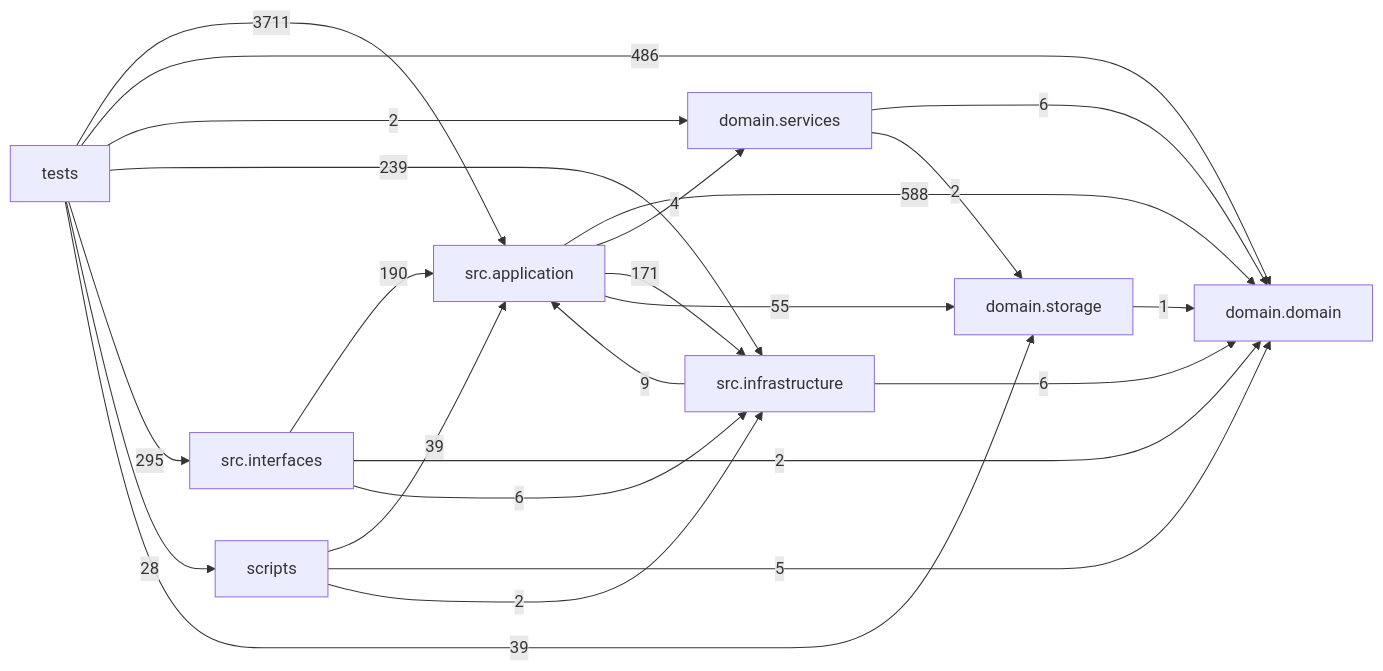
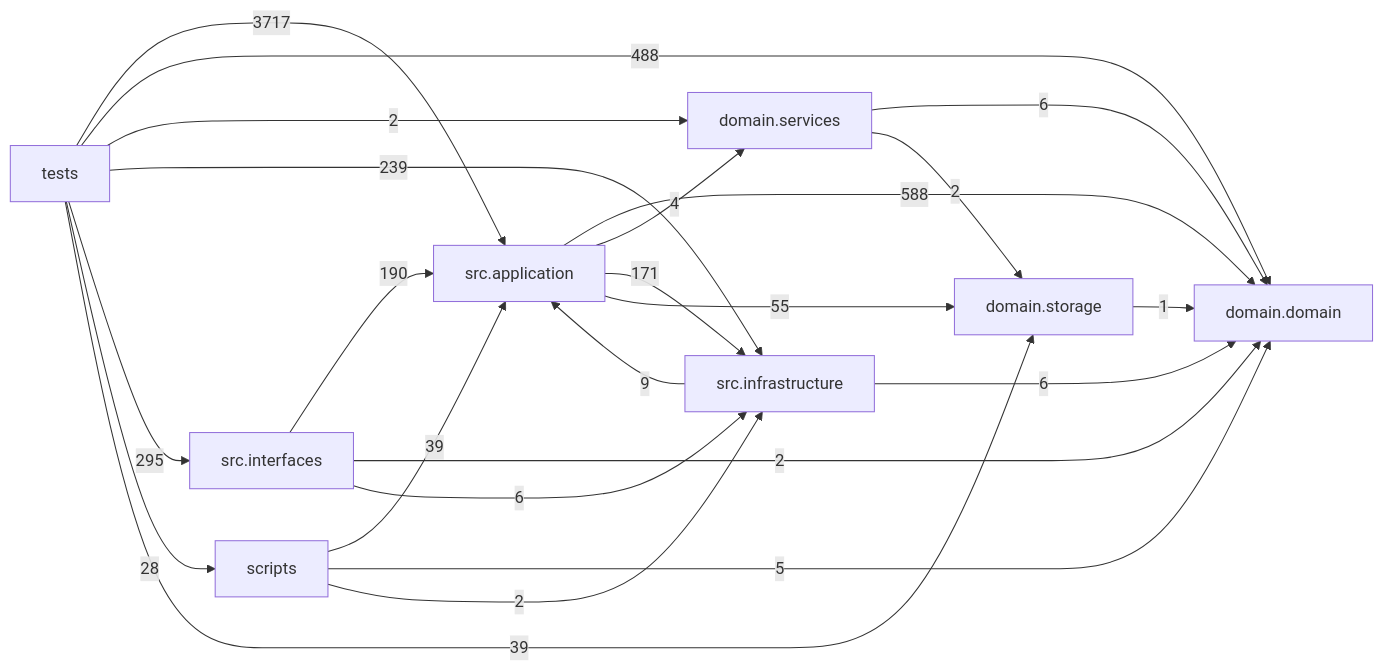
Before and after one commit to liuxie066/options-monitor: the diagram in docs/DEPENDENCY_GRAPH.md, drawn with Mermaid. The commit also changed other lines of this file and 3 other files, not shown here.

````diff
--- a/docs/DEPENDENCY_GRAPH.md
+++ b/docs/DEPENDENCY_GRAPH.md
@@ -24,33 +24,33 @@
 ```mermaid
 flowchart LR
   tests["tests"]
   scripts["scripts"]
   interfaces["src.interfaces"]
   application["src.application"]
   infrastructure["src.infrastructure"]
   domain_services["domain.services"]
   domain["domain.domain"]
   storage["domain.storage"]
   application -->|588| domain
   application -->|4| domain_services
   application -->|171| infrastructure
   application -->|55| storage
   domain_services -->|6| domain
   domain_services -->|2| storage
   infrastructure -->|9| application
   infrastructure -->|6| domain
   interfaces -->|190| application
   interfaces -->|2| domain
   interfaces -->|6| infrastructure
   scripts -->|39| application
   scripts -->|5| domain
   scripts -->|2| infrastructure
   storage -->|1| domain
-  tests -->|3711| application
-  tests -->|486| domain
+  tests -->|3717| application
+  tests -->|488| domain
   tests -->|2| domain_services
   tests -->|239| infrastructure
   tests -->|295| interfaces
   tests -->|28| scripts
   tests -->|39| storage
 ```
````
